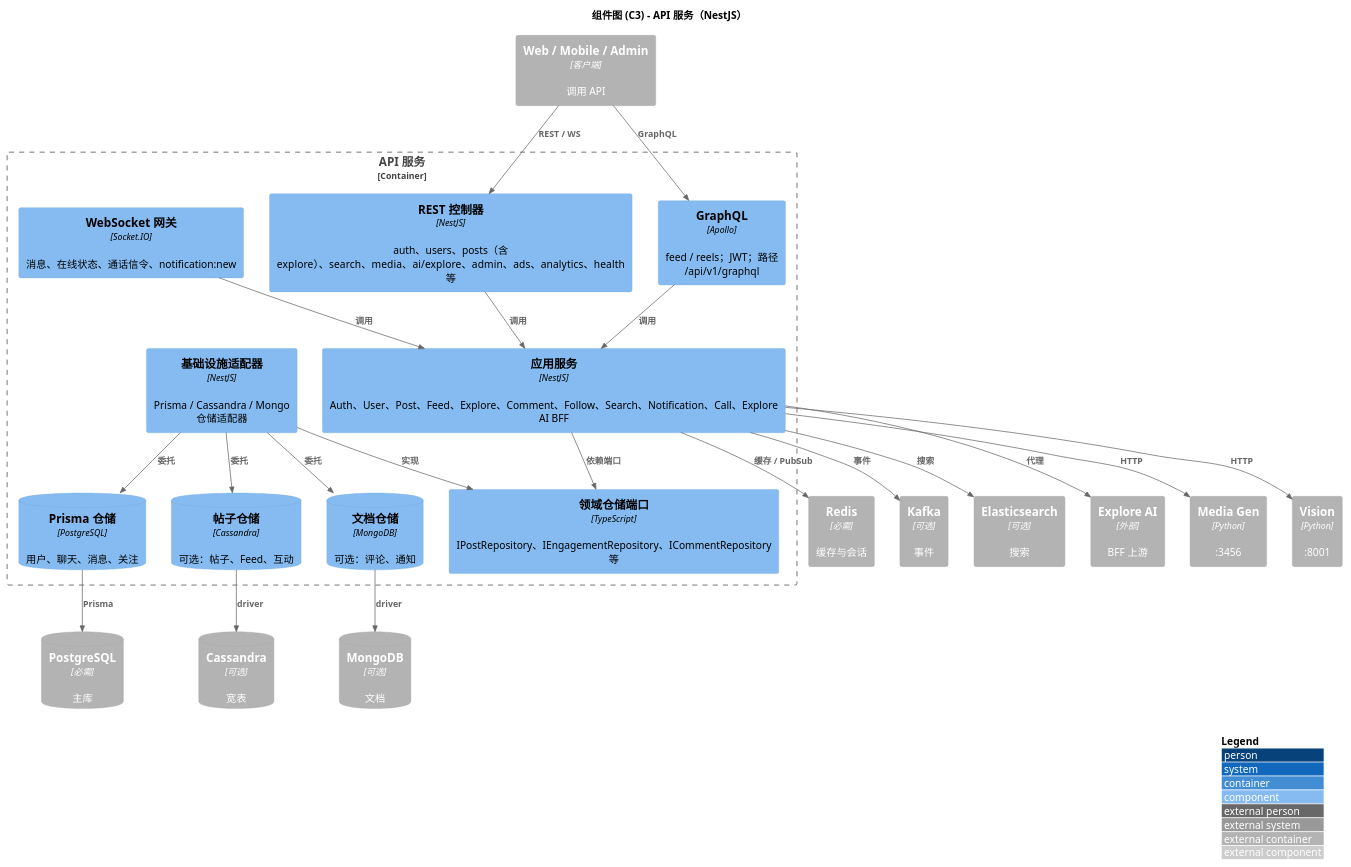
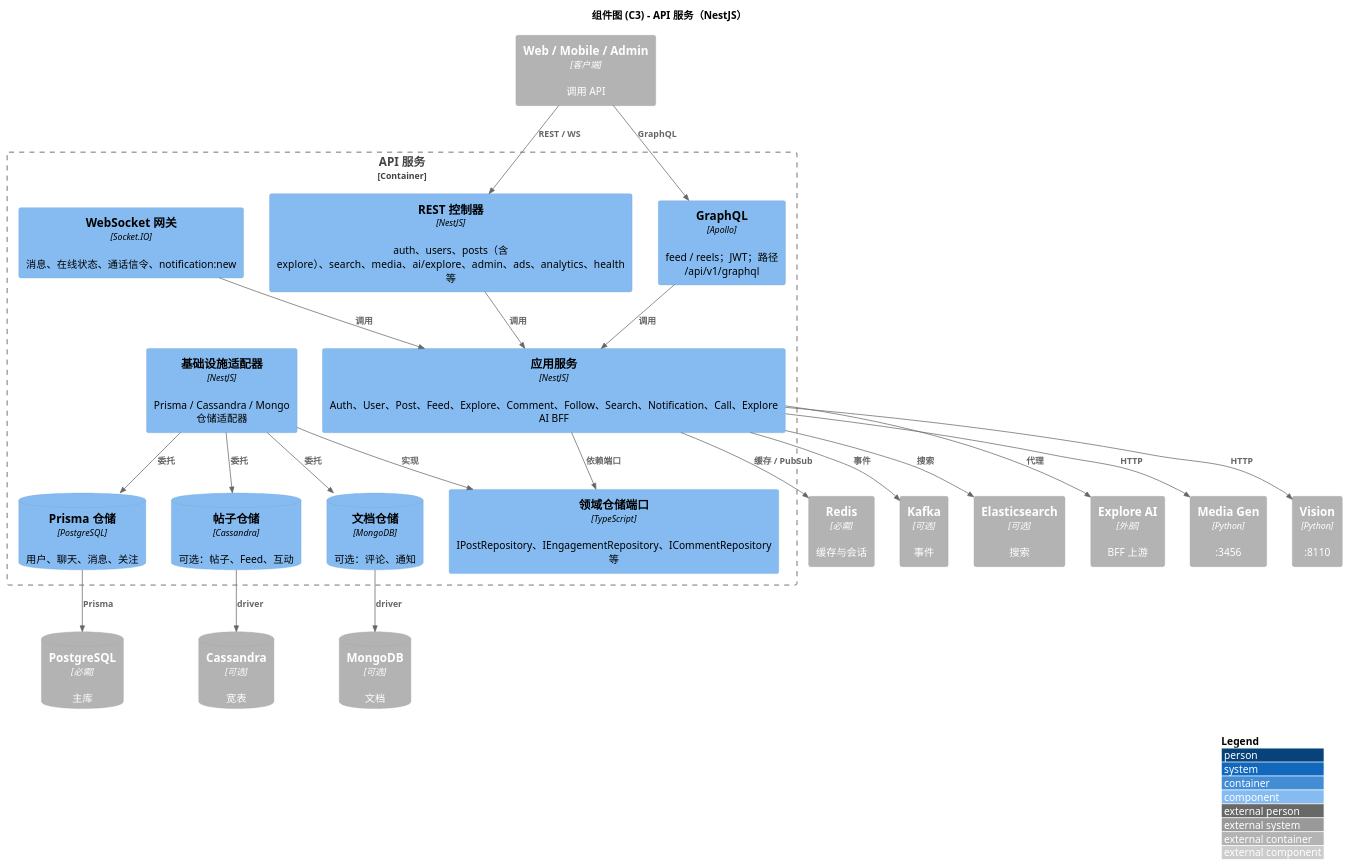
One commit to felixzhu97/explore changed the diagram in explore-chat/docs/developer/c4-model/C3-Component-Backend.puml. Above: the diagram before and after it, drawn with PlantUML. The commit also changed 15 other files, not shown here.

```diff
--- a/explore-chat/docs/developer/c4-model/C3-Component-Backend.puml
+++ b/explore-chat/docs/developer/c4-model/C3-Component-Backend.puml
@@ -1,53 +1,53 @@
 @startuml C3-Component-Backend
 !include https://raw.githubusercontent.com/plantuml-stdlib/C4-PlantUML/master/C4_Component.puml
 
 LAYOUT_WITH_LEGEND()
 
 title 组件图 (C3) - API 服务（NestJS）
 
 ' Nest packages by business domain (auth/, users/, post/, …) with Clean Architecture layers inside each domain.
 
 Container_Boundary(api_server, "API 服务") {
   Component(controllers, "REST 控制器", "NestJS", "auth、users、posts（含 explore）、search、media、ai/explore、admin、ads、analytics、health 等")
   Component(graphql_api, "GraphQL", "Apollo", "feed / reels；JWT；路径 /api/v1/graphql")
   Component(websocket, "WebSocket 网关", "Socket.IO", "消息、在线状态、通话信令、notification:new")
   Component(app_services, "应用服务", "NestJS", "Auth、User、Post、Feed、Explore、Comment、Follow、Search、Notification、Call、Explore AI BFF")
   Component(domain_ports, "领域仓储端口", "TypeScript", "IPostRepository、IEngagementRepository、ICommentRepository 等")
   Component(infra_adapters, "基础设施适配器", "NestJS", "Prisma / Cassandra / Mongo 仓储适配器")
   ComponentDb(prisma_repo, "Prisma 仓储", "PostgreSQL", "用户、聊天、消息、关注")
   ComponentDb(post_repo, "帖子仓储", "Cassandra", "可选：帖子、Feed、互动")
   ComponentDb(doc_repo, "文档仓储", "MongoDB", "可选：评论、通知")
 }
 
 Container_Ext(web_app, "Web / Mobile / Admin", "客户端", "调用 API")
 ContainerDb_Ext(postgres, "PostgreSQL", "必需", "主库")
 Container_Ext(redis, "Redis", "必需", "缓存与会话")
 Container_Ext(kafka, "Kafka", "可选", "事件")
 ContainerDb_Ext(cassandra, "Cassandra", "可选", "宽表")
 ContainerDb_Ext(mongodb, "MongoDB", "可选", "文档")
 Container_Ext(es, "Elasticsearch", "可选", "搜索")
 Container_Ext(explore_ai, "Explore AI", "外部", "BFF 上游")
 Container_Ext(media_gen, "Media Gen", "Python", ":3456")
-Container_Ext(vision, "Vision", "Python", ":8001")
+Container_Ext(vision, "Vision", "Python", ":8110")
 
 Rel(web_app, controllers, "REST / WS")
 Rel(web_app, graphql_api, "GraphQL")
 Rel(controllers, app_services, "调用")
 Rel(graphql_api, app_services, "调用")
 Rel(websocket, app_services, "调用")
 Rel(app_services, domain_ports, "依赖端口")
 Rel(infra_adapters, domain_ports, "实现")
 Rel(infra_adapters, prisma_repo, "委托")
 Rel(infra_adapters, post_repo, "委托")
 Rel(infra_adapters, doc_repo, "委托")
 Rel(prisma_repo, postgres, "Prisma")
 Rel(post_repo, cassandra, "driver")
 Rel(doc_repo, mongodb, "driver")
 Rel(app_services, redis, "缓存 / PubSub")
 Rel(app_services, kafka, "事件")
 Rel(app_services, es, "搜索")
 Rel(app_services, explore_ai, "代理")
 Rel(app_services, media_gen, "HTTP")
 Rel(app_services, vision, "HTTP")
 
 @enduml
```
